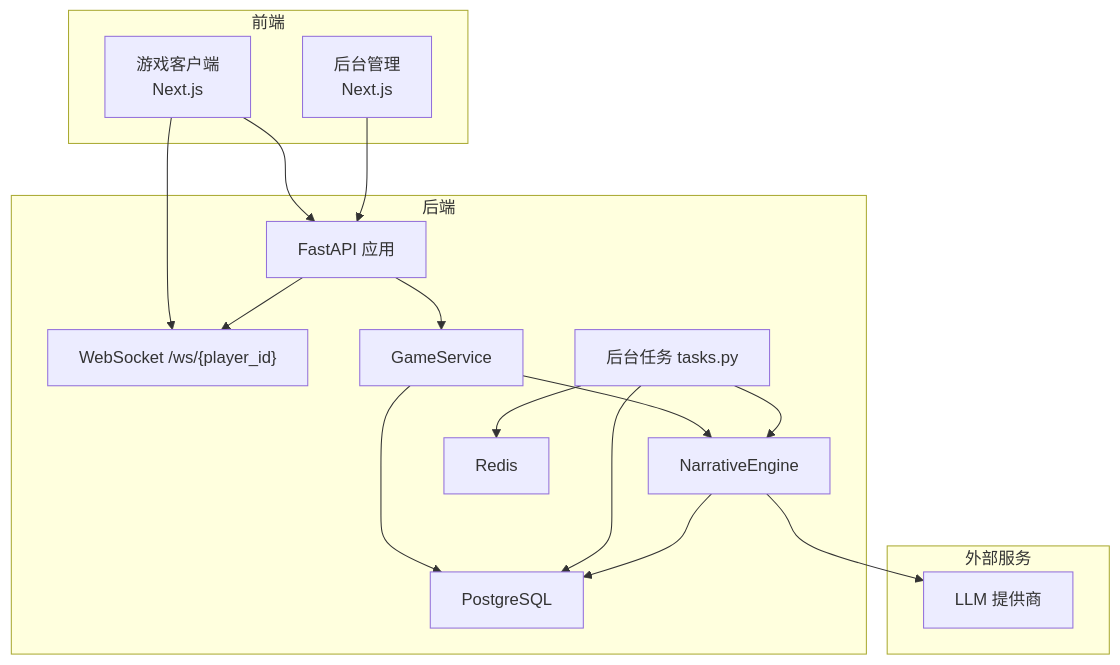
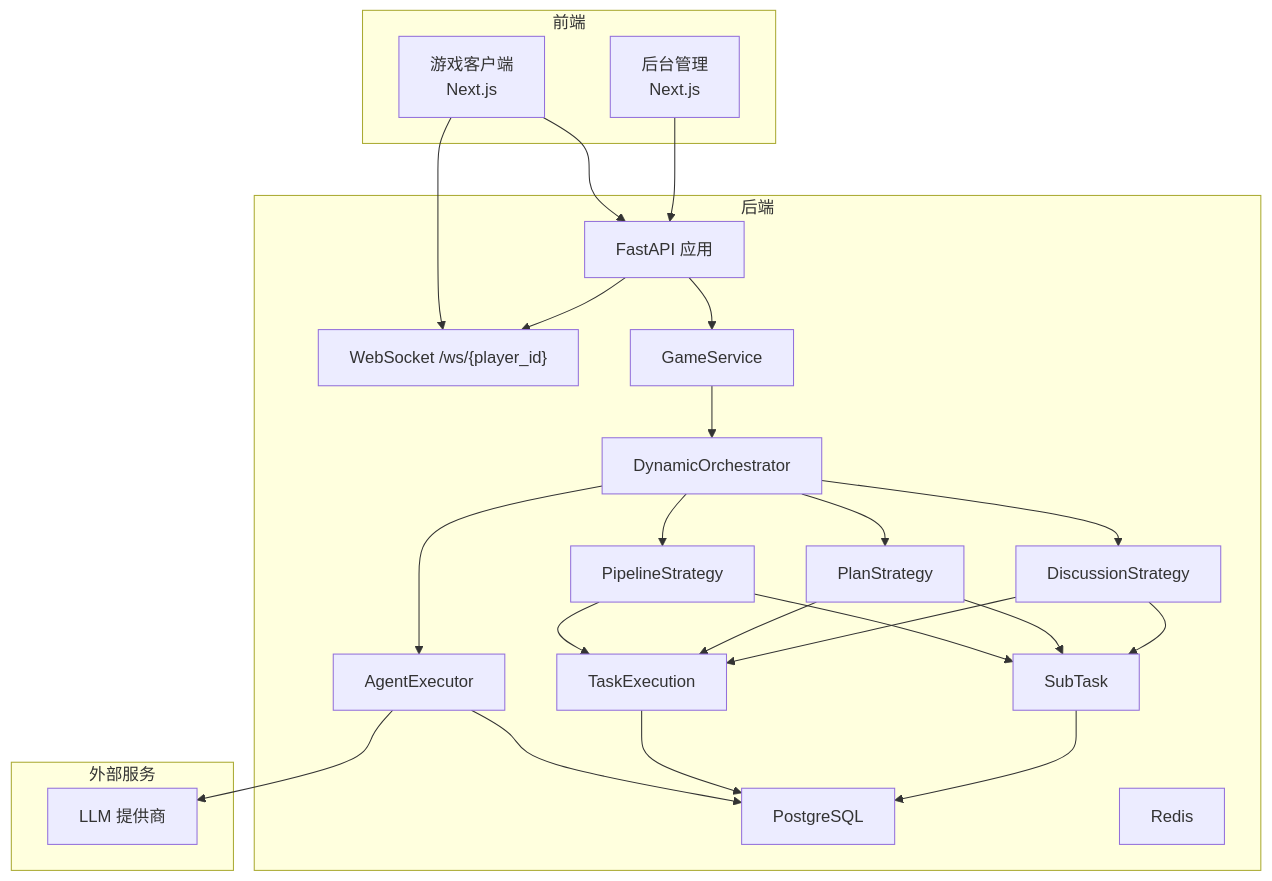
Before and after one commit to KunLabAI/KunFlix: the second of 9 diagrams in .qoder/repowiki/zh/content/多智能体叙事引擎/智能体协作机制.md, drawn with Mermaid. The commit also changed other lines of this file and 25 other files, not shown here.

````diff
--- a/.qoder/repowiki/zh/content/多智能体叙事引擎/智能体协作机制.md
+++ b/.qoder/repowiki/zh/content/多智能体叙事引擎/智能体协作机制.md
@@ -87,31 +105,44 @@
 ```mermaid
 graph TB
 subgraph "前端"
 UI["游戏客户端<br/>Next.js"]
 ADM["后台管理<br/>Next.js"]
 end
 subgraph "后端"
 API["FastAPI 应用"]
 WS["WebSocket /ws/{player_id}"]
 SVC["GameService"]
-NE["NarrativeEngine"]
-TASK["后台任务 tasks.py"]
+DORCH["DynamicOrchestrator"]
+AEXEC["AgentExecutor"]
+PIPE["PipelineStrategy"]
+PLAN["PlanStrategy"]
+DISCUSS["DiscussionStrategy"]
+TASK["TaskExecution"]
+SUBTASK["SubTask"]
 DB["PostgreSQL"]
 REDIS["Redis"]
 end
 subgraph "外部服务"
 LLM["LLM 提供商"]
 end
 UI --> API
 UI --> WS
 ADM --> API
 API --> SVC
 API --> WS
-SVC --> NE
-SVC --> DB
-TASK --> NE
+SVC --> DORCH
+DORCH --> AEXEC
+DORCH --> PIPE
+DORCH --> PLAN
+DORCH --> DISCUSS
+PIPE --> TASK
+PIPE --> SUBTASK
+PLAN --> TASK
+PLAN --> SUBTASK
+DISCUSS --> TASK
+DISCUSS --> SUBTASK
+AEXEC --> LLM
+AEXEC --> DB
 TASK --> DB
-TASK --> REDIS
-NE --> LLM
-NE --> DB
+SUBTASK --> DB
 ```
````
